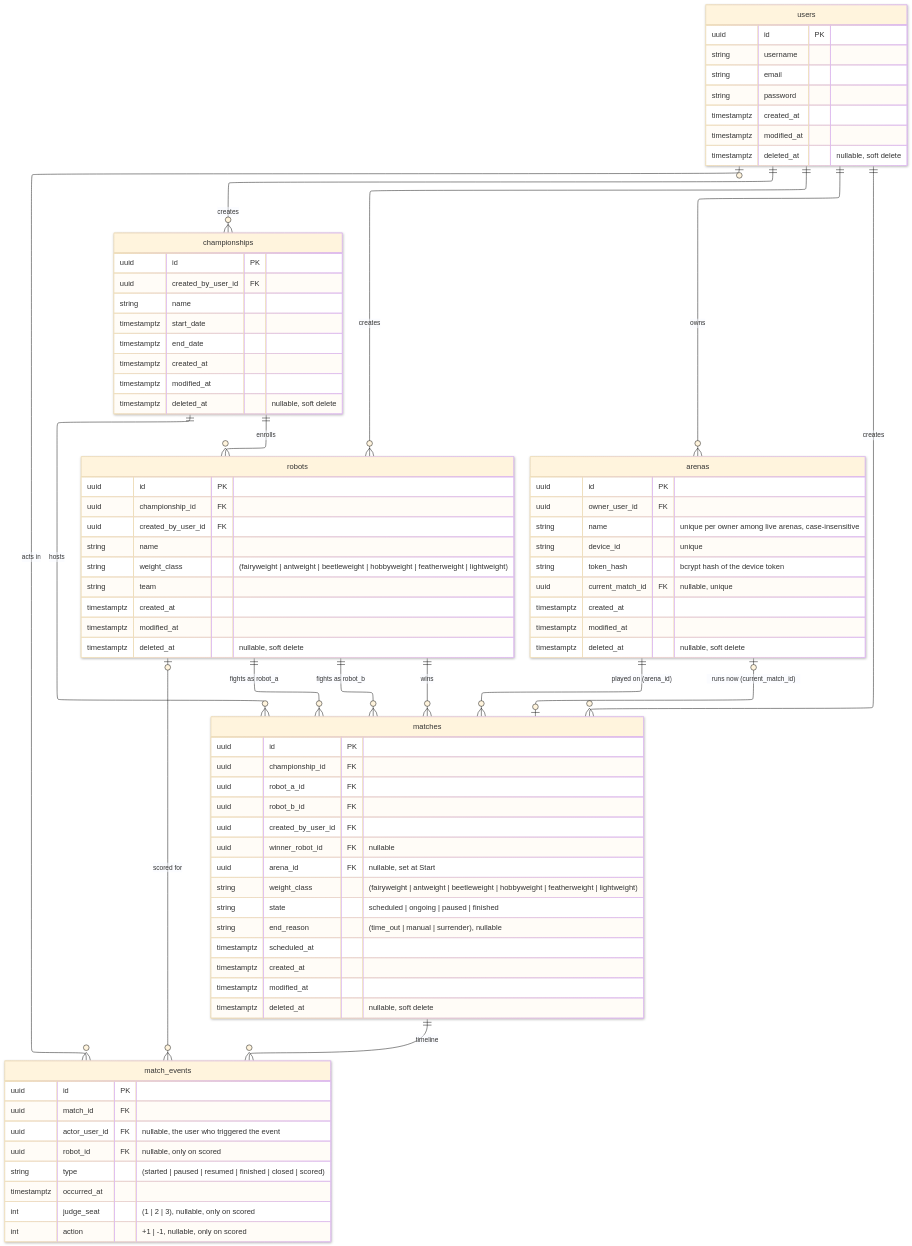
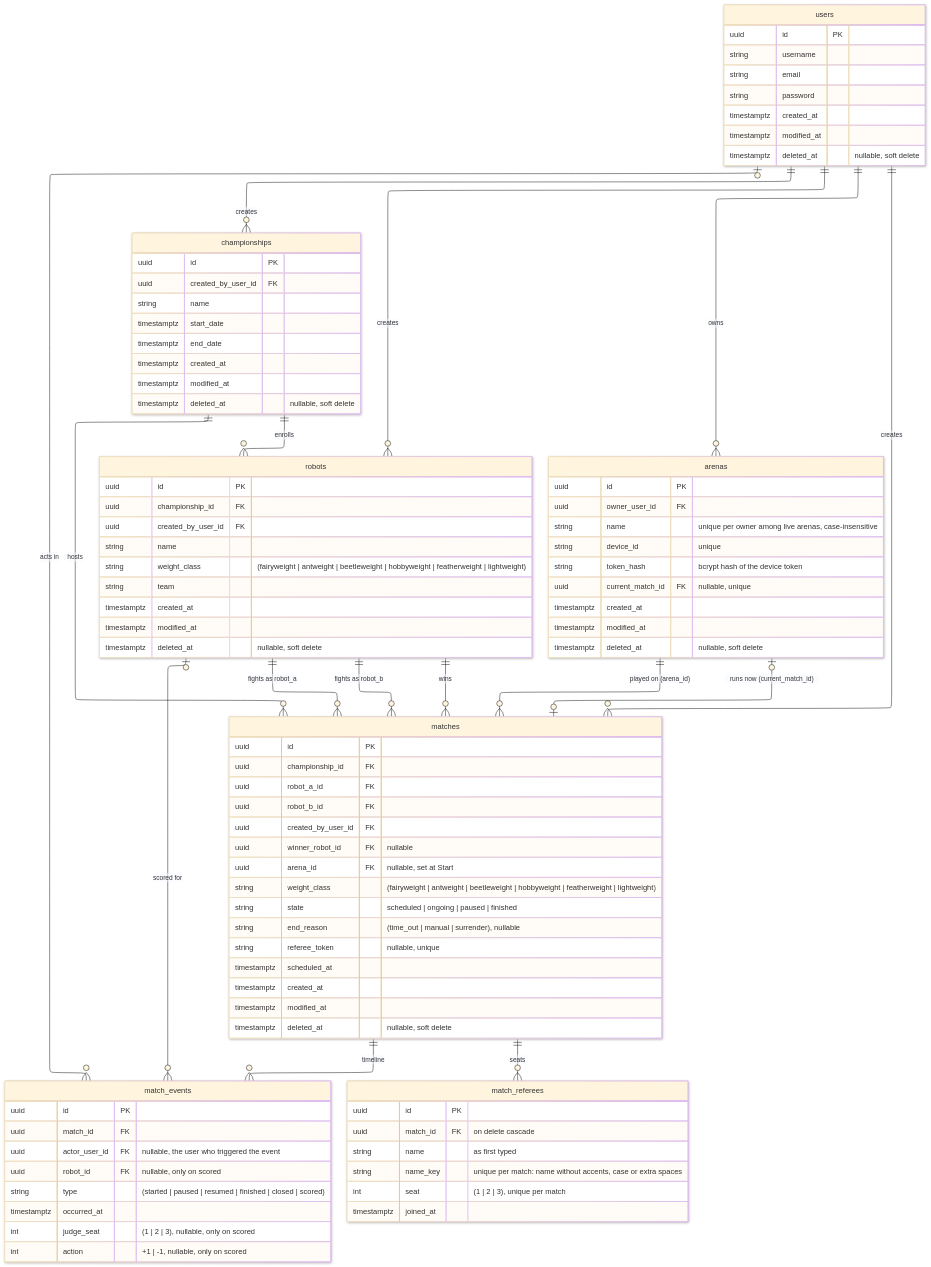
The diagram in docs/database-model.md (UTFPR-Oficinas-2/crossliseu), drawn with Mermaid (base theme) before and after one commit. The commit also changed other lines of this file and 50 other files, not shown here.

````diff
--- a/docs/database-model.md
+++ b/docs/database-model.md
@@ -41,6 +41,7 @@
   users ||--o{ robots : creates
   users ||--o{ arenas : owns
   matches ||--o{ match_events : "timeline"
+  matches ||--o{ match_referees : "seats"
   users |o--o{ match_events : "acts in"
   robots |o--o{ match_events : "scored for"
   robots ||--o{ matches : "wins"
@@ -88,6 +89,7 @@
     string weight_class "(fairyweight | antweight | beetleweight | hobbyweight | featherweight | lightweight)"
     string state "scheduled | ongoing | paused | finished"
     string end_reason "(time_out | manual | surrender), nullable"
+    string referee_token "nullable, unique"
     timestamptz scheduled_at
     timestamptz created_at
     timestamptz modified_at
@@ -114,4 +116,12 @@
     int judge_seat "(1 | 2 | 3), nullable, only on scored"
     int action "+1 | -1, nullable, only on scored"
   }
+  match_referees {
+    uuid id PK
+    uuid match_id FK "on delete cascade"
+    string name "as first typed"
+    string name_key "unique per match: name without accents, case or extra spaces"
+    int seat "(1 | 2 | 3), unique per match"
+    timestamptz joined_at
+  }
 ```
````
